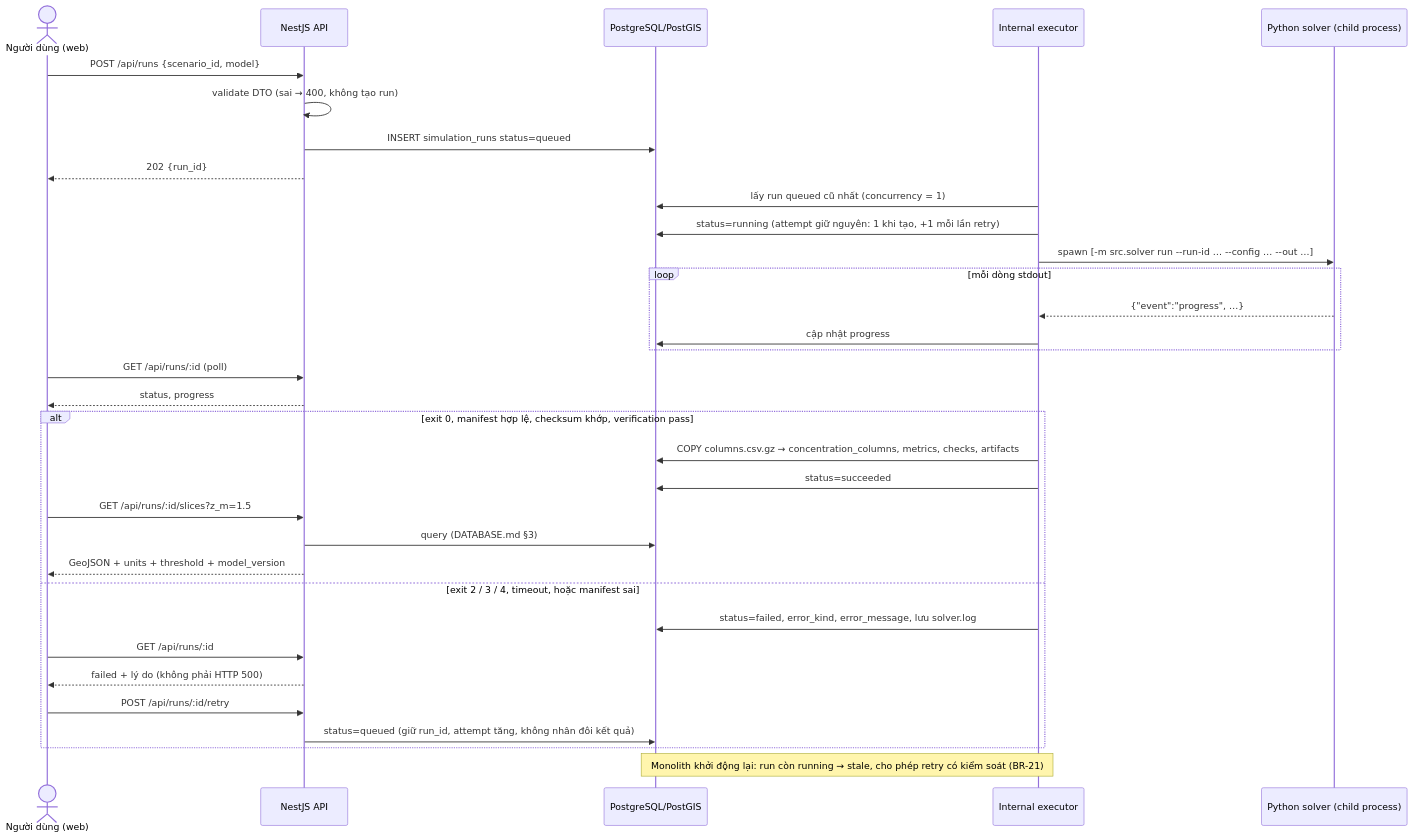
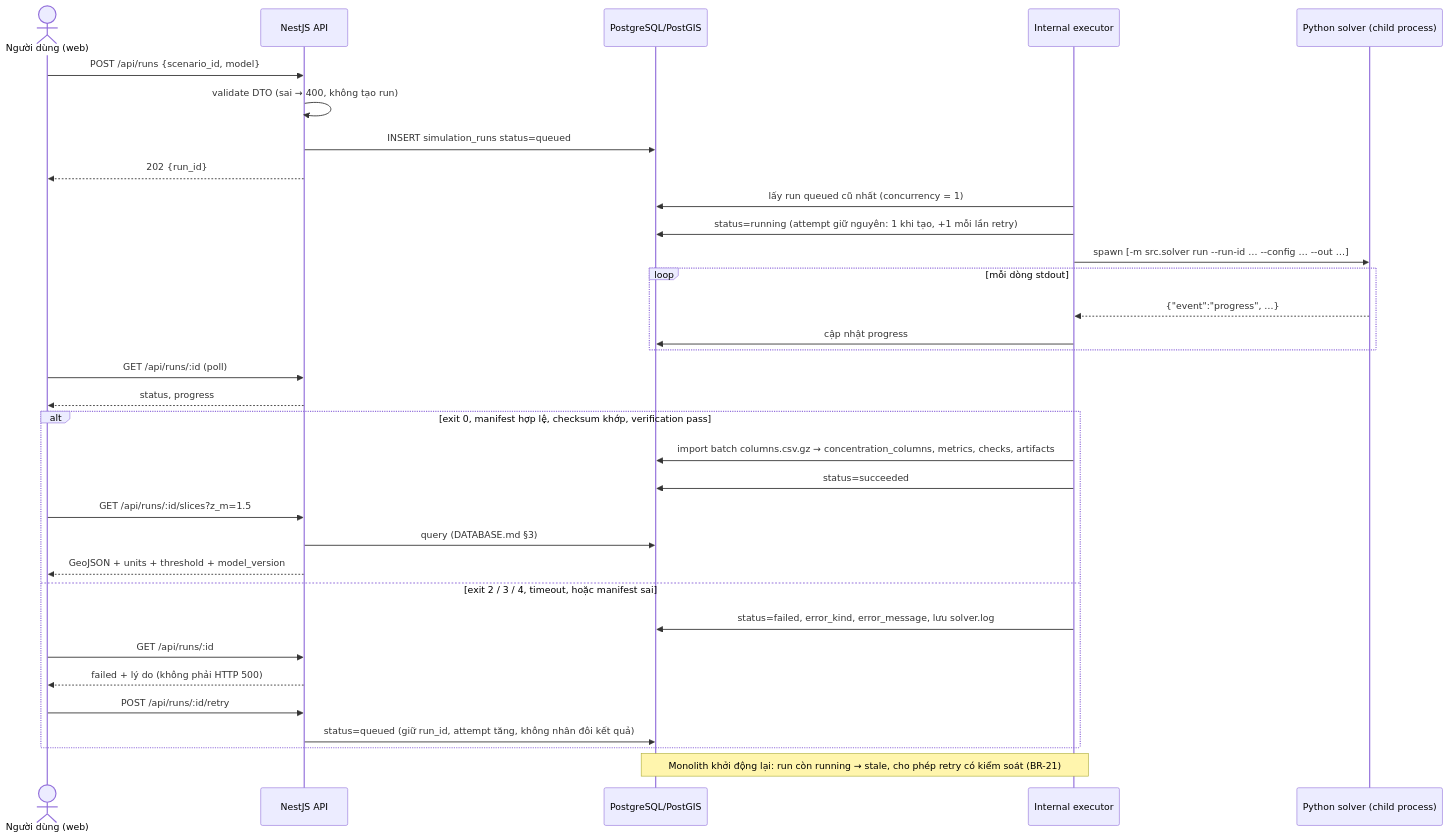
Before and after one commit to TamNgx179/IE402_Voxel-air-dispersion: the second of 2 diagrams in docs/ARCHITECTURE.md, drawn with Mermaid. The commit also changed other lines of this file and 33 other files, not shown here.

````diff
--- a/docs/ARCHITECTURE.md
+++ b/docs/ARCHITECTURE.md
@@ -89,36 +89,36 @@
 ```mermaid
 sequenceDiagram
     actor U as Người dùng (web)
     participant API as NestJS API
     participant DB as PostgreSQL/PostGIS
     participant EX as Internal executor
     participant PY as Python solver (child process)
 
     U->>API: POST /api/runs {scenario_id, model}
     API->>API: validate DTO (sai → 400, không tạo run)
     API->>DB: INSERT simulation_runs status=queued
     API-->>U: 202 {run_id}
     EX->>DB: lấy run queued cũ nhất (concurrency = 1)
     EX->>DB: status=running (attempt giữ nguyên: 1 khi tạo, +1 mỗi lần retry)
     EX->>PY: spawn [-m src.solver run --run-id … --config … --out …]
     loop mỗi dòng stdout
         PY-->>EX: {"event":"progress", …}
         EX->>DB: cập nhật progress
     end
     U->>API: GET /api/runs/:id (poll)
     API-->>U: status, progress
     alt exit 0, manifest hợp lệ, checksum khớp, verification pass
-        EX->>DB: COPY columns.csv.gz → concentration_columns, metrics, checks, artifacts
+        EX->>DB: import batch columns.csv.gz → concentration_columns, metrics, checks, artifacts
         EX->>DB: status=succeeded
         U->>API: GET /api/runs/:id/slices?z_m=1.5
         API->>DB: query (DATABASE.md §3)
         API-->>U: GeoJSON + units + threshold + model_version
     else exit 2 / 3 / 4, timeout, hoặc manifest sai
         EX->>DB: status=failed, error_kind, error_message, lưu solver.log
         U->>API: GET /api/runs/:id
         API-->>U: failed + lý do (không phải HTTP 500)
         U->>API: POST /api/runs/:id/retry
         API->>DB: status=queued (giữ run_id, attempt tăng, không nhân đôi kết quả)
     end
     Note over EX,DB: Monolith khởi động lại: run còn running → stale, cho phép retry có kiểm soát (BR-21)
 ```
````
